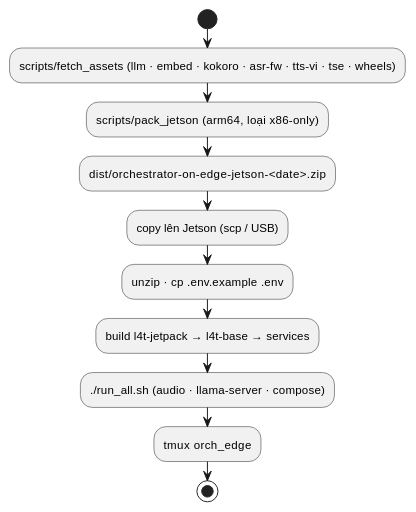
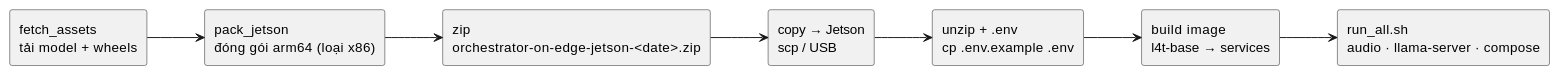
The third of 3 diagrams in docs/PIPELINE.md (hminhphi/VoiceControl), drawn with PlantUML before and after one commit. The commit also changed other lines of this file and 4 other files, not shown here.

First line of the commit message:
docs(pipeline): simple block diagrams (task per block) + rendered PNGs

````diff
--- a/docs/PIPELINE.md
+++ b/docs/PIPELINE.md
@@ -126,14 +85,18 @@
 ```plantuml
-@startuml Build and deploy
-start
-:scripts/fetch_assets (llm · embed · kokoro · asr-fw · tts-vi · tse · wheels);
-:scripts/pack_jetson (arm64, loại x86-only);
-:dist/orchestrator-on-edge-jetson-<date>.zip;
-:copy lên Jetson (scp / USB);
-:unzip · cp .env.example .env;
-:build l4t-jetpack → l4t-base → services;
-:./run_all.sh (audio · llama-server · compose);
-:tmux orch_edge;
-stop
+@startuml Build - block diagram
+left to right direction
+rectangle "fetch_assets\ntải model + wheels" as A
+rectangle "pack_jetson\nđóng gói arm64 (loại x86)" as B
+rectangle "zip\norchestrator-on-edge-jetson-<date>.zip" as C
+rectangle "copy → Jetson\nscp / USB" as D
+rectangle "unzip + .env\ncp .env.example .env" as E
+rectangle "build image\nl4t-base → services" as F
+rectangle "run_all.sh\naudio · llama-server · compose" as G
+A --> B
+B --> C
+C --> D
+D --> E
+E --> F
+F --> G
 @enduml
 ```
````
